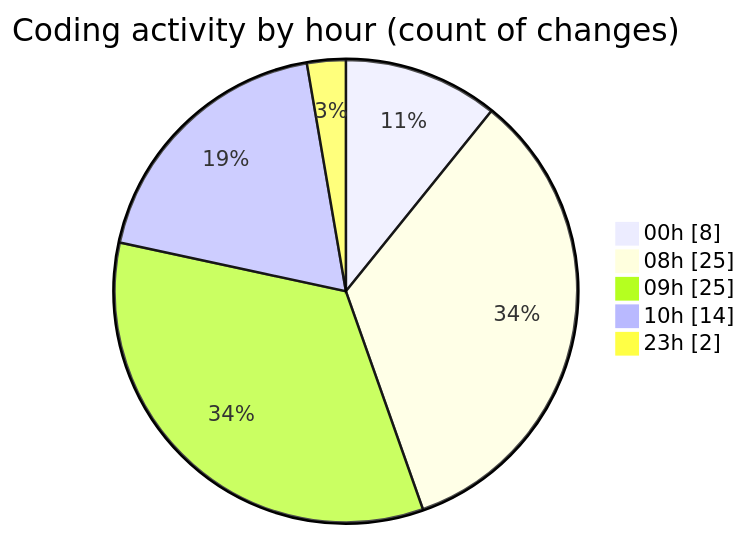
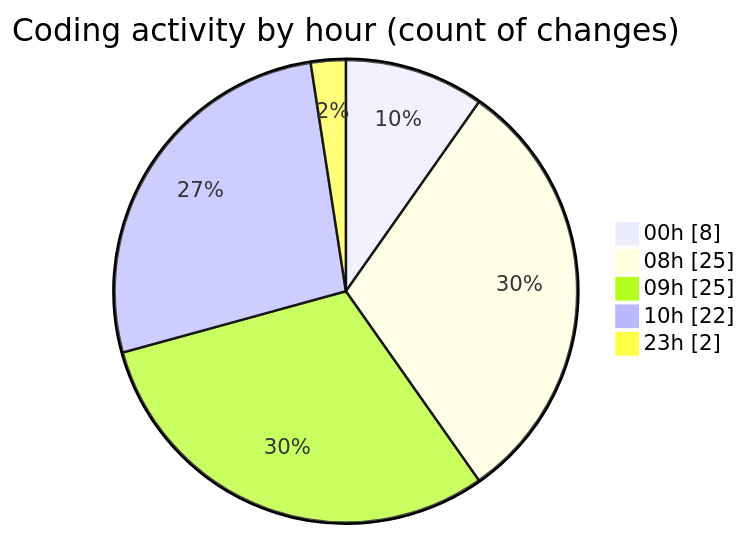
The second of 2 diagrams in 2025-08-13/ribbon/README.md (EIIisD/code-tracking), drawn with Mermaid before and after one commit. The commit also changed other lines of this file and 1 other file, not shown here.

````diff
--- a/2025-08-13/ribbon/README.md
+++ b/2025-08-13/ribbon/README.md
@@ -38,9 +38,9 @@
 ```mermaid
 pie showData
 title Coding activity by hour (count of changes)
 "00h" : 8
 "08h" : 25
 "09h" : 25
-"10h" : 14
+"10h" : 22
 "23h" : 2
 ```
````
